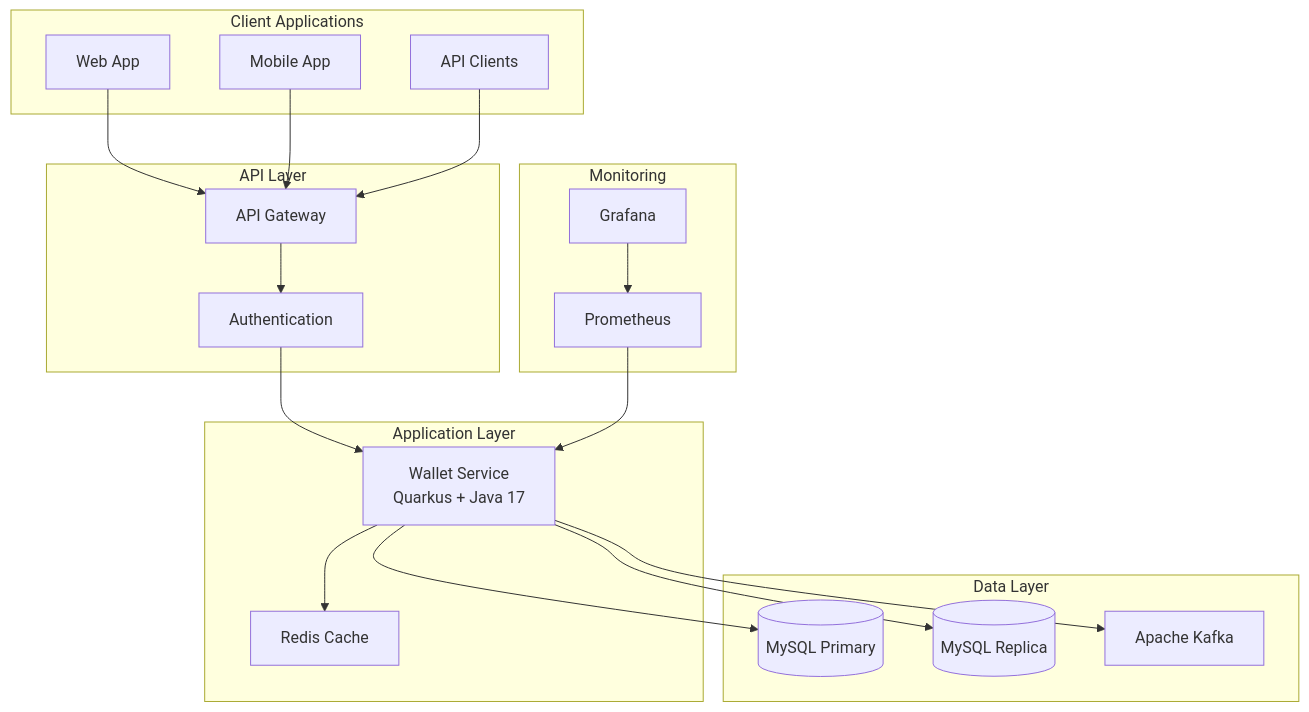
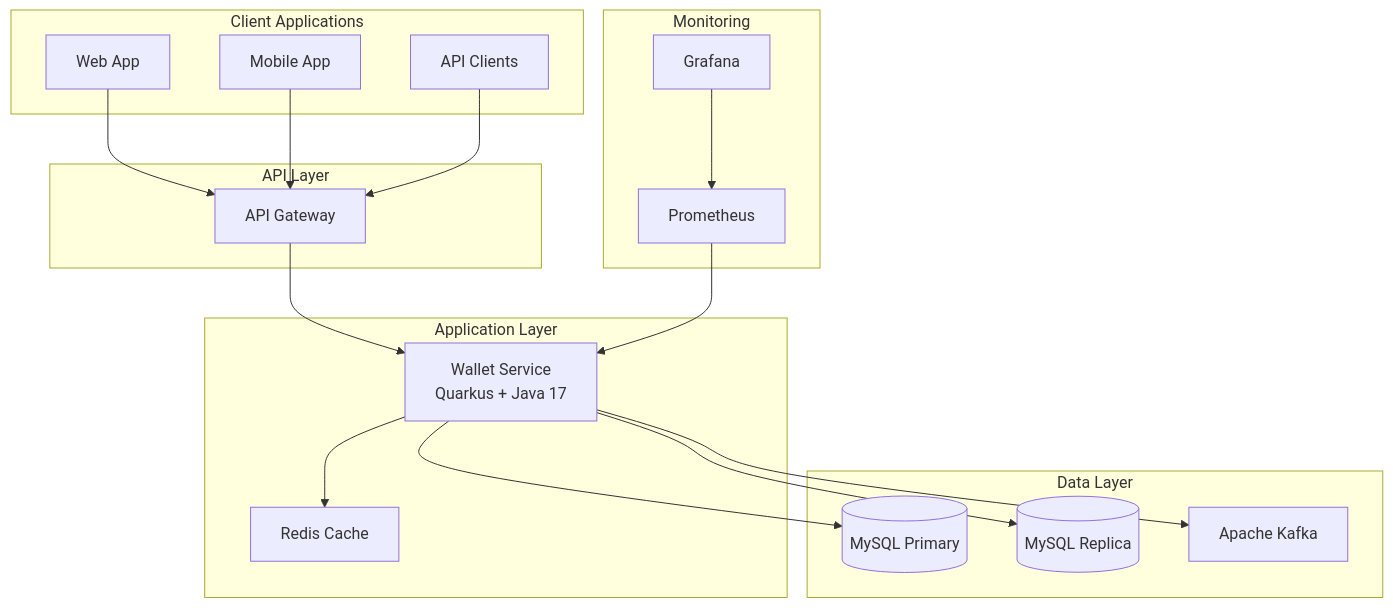
One commit to thiago2santos/wallet-service changed the diagram in docs/README.md. Above: the diagram before and after it, drawn with Mermaid. The commit also changed other lines of this file and 25 other files, not shown here.

````diff
--- a/docs/README.md
+++ b/docs/README.md
@@ -21,44 +21,42 @@
 ```mermaid
 graph TB
     subgraph "Client Applications"
         WEB[Web App]
         MOBILE[Mobile App]
         API_CLIENT[API Clients]
     end
 
     subgraph "API Layer"
         GATEWAY[API Gateway]
-        AUTH[Authentication]
     end
 
     subgraph "Application Layer"
         WALLET_SVC[Wallet Service<br/>Quarkus + Java 17]
         CACHE[Redis Cache]
     end
 
     subgraph "Data Layer"
         MYSQL_PRIMARY[(MySQL Primary)]
         MYSQL_REPLICA[(MySQL Replica)]
         KAFKA[Apache Kafka]
     end
 
     subgraph "Monitoring"
         PROMETHEUS[Prometheus]
         GRAFANA[Grafana]
     end
 
     WEB --> GATEWAY
     MOBILE --> GATEWAY
     API_CLIENT --> GATEWAY
     
-    GATEWAY --> AUTH
-    AUTH --> WALLET_SVC
+    GATEWAY --> WALLET_SVC
     
     WALLET_SVC --> CACHE
     WALLET_SVC --> MYSQL_PRIMARY
     WALLET_SVC --> MYSQL_REPLICA
     WALLET_SVC --> KAFKA
     
     PROMETHEUS --> WALLET_SVC
     GRAFANA --> PROMETHEUS
 ```
````
